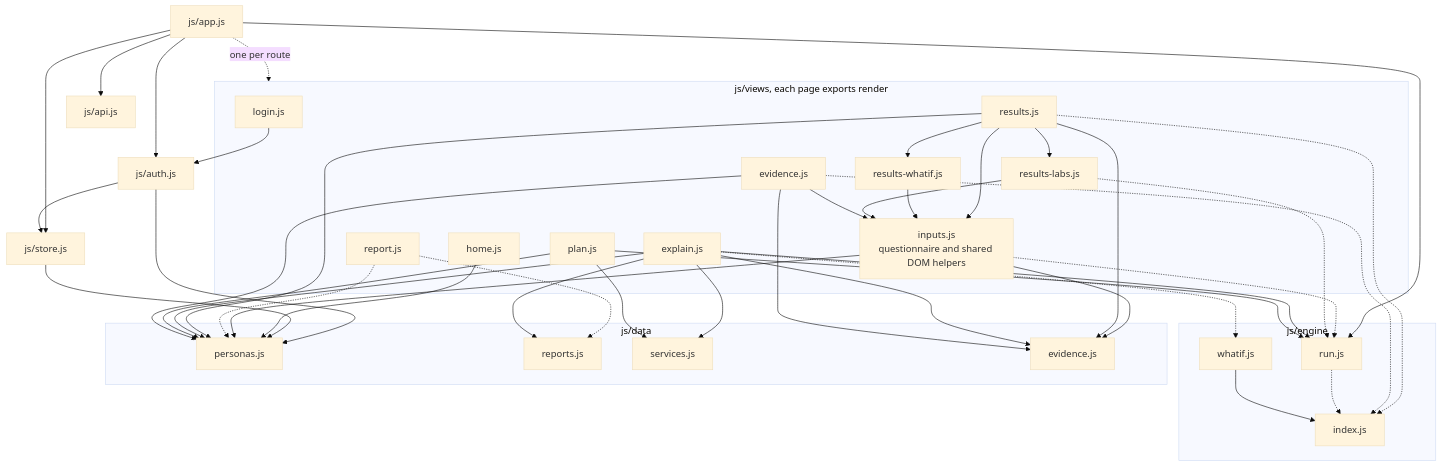
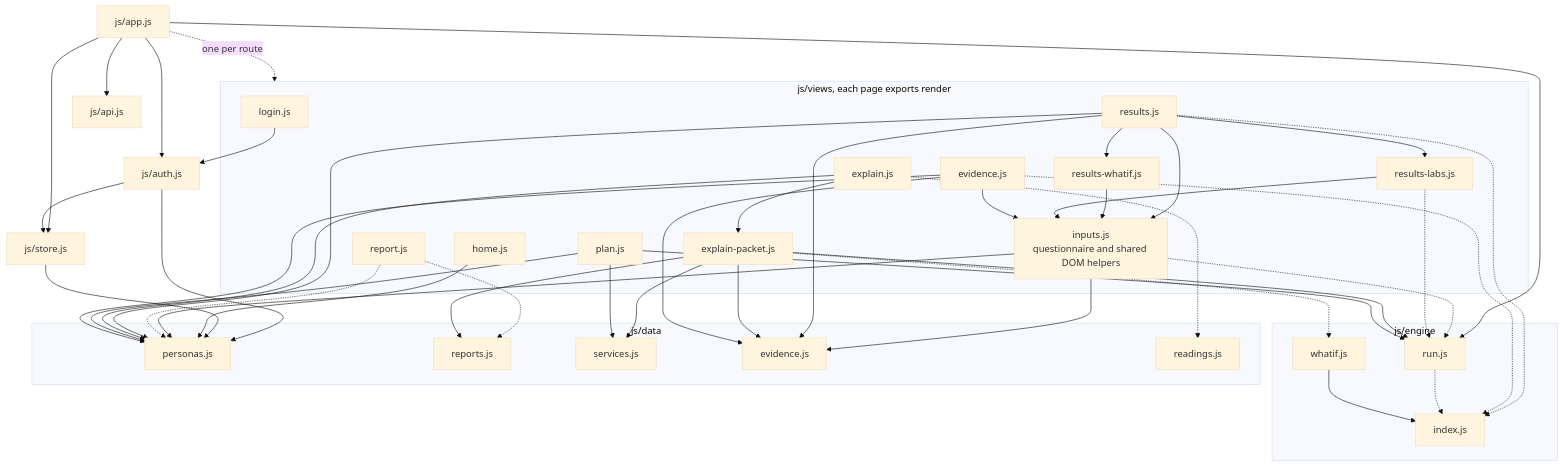
Before and after one commit to tingwei161803/unify-risk: the third of 8 diagrams in docs/architecture.md, drawn with Mermaid (base theme). The commit also changed other lines of this file and 1 other file, not shown here.

First line of the commit message:
Describe the prepared readings on the Explained page

```diff
--- a/docs/architecture.md
+++ b/docs/architecture.md
@@ -152,6 +153,7 @@
         RWHATIF["results-whatif.js"]
         RLABS["results-labs.js"]
         EXPLAIN["explain.js"]
+        EXPACKET["explain-packet.js"]
         PLAN["plan.js"]
         EVVIEW["evidence.js"]
     end
@@ -167,6 +169,7 @@
         REPORTS["reports.js"]
         SERVICES["services.js"]
         EVDATA["evidence.js"]
+        READINGS["readings.js"]
     end
 
     APP --> STORE
@@ -198,12 +201,14 @@
     RLABS --> INPUTS
     RLABS -.-> RUN
 
-    EXPLAIN --> RUN
-    EXPLAIN --> EVDATA
+    EXPLAIN --> EXPACKET
     EXPLAIN --> PERSONAS
-    EXPLAIN --> REPORTS
-    EXPLAIN --> SERVICES
-    EXPLAIN -.-> WHATIF
+    EXPLAIN -.-> READINGS
+    EXPACKET --> RUN
+    EXPACKET --> EVDATA
+    EXPACKET --> REPORTS
+    EXPACKET --> SERVICES
+    EXPACKET -.-> WHATIF
 
     PLAN --> SERVICES
     PLAN --> RUN
```
